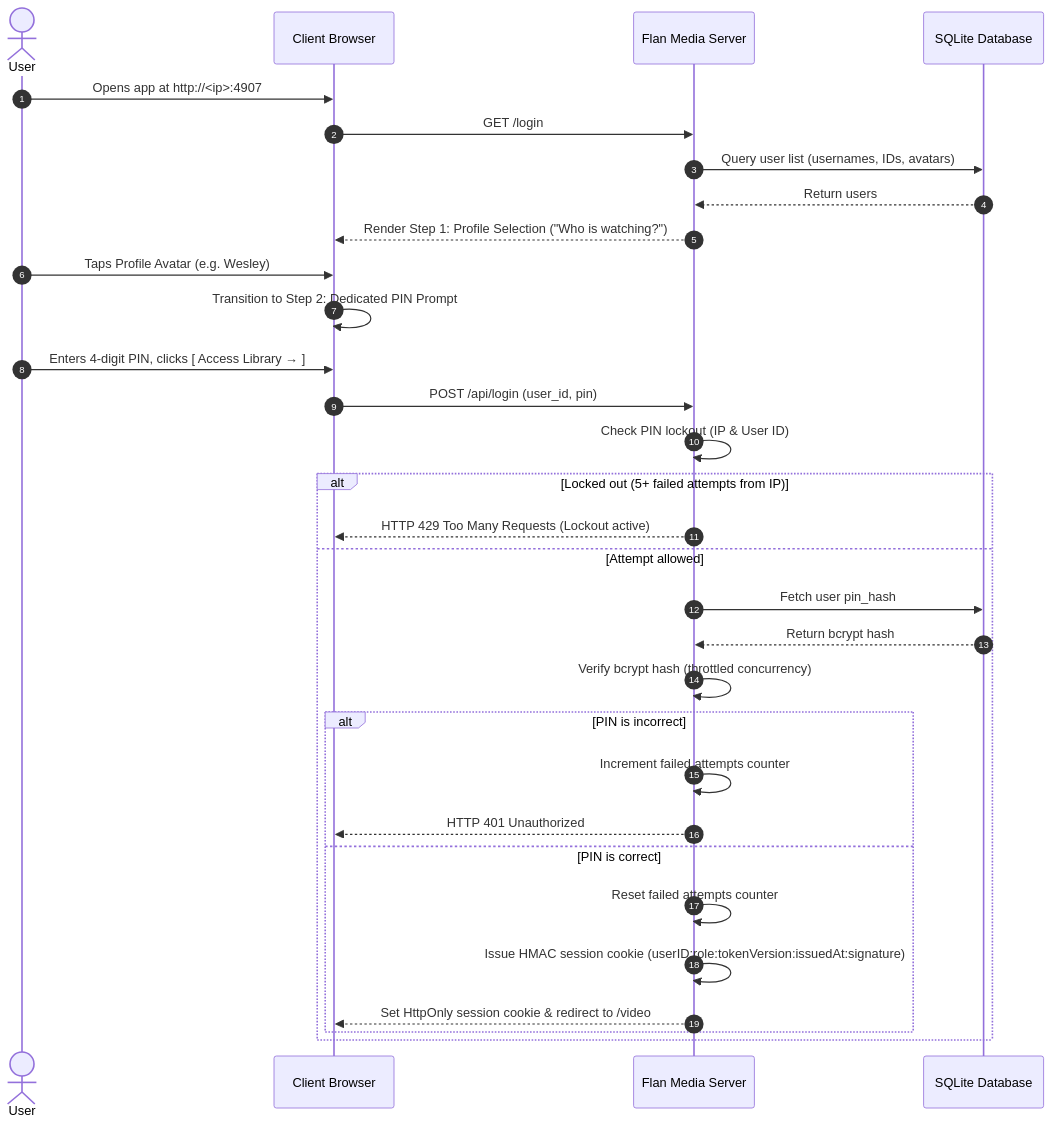
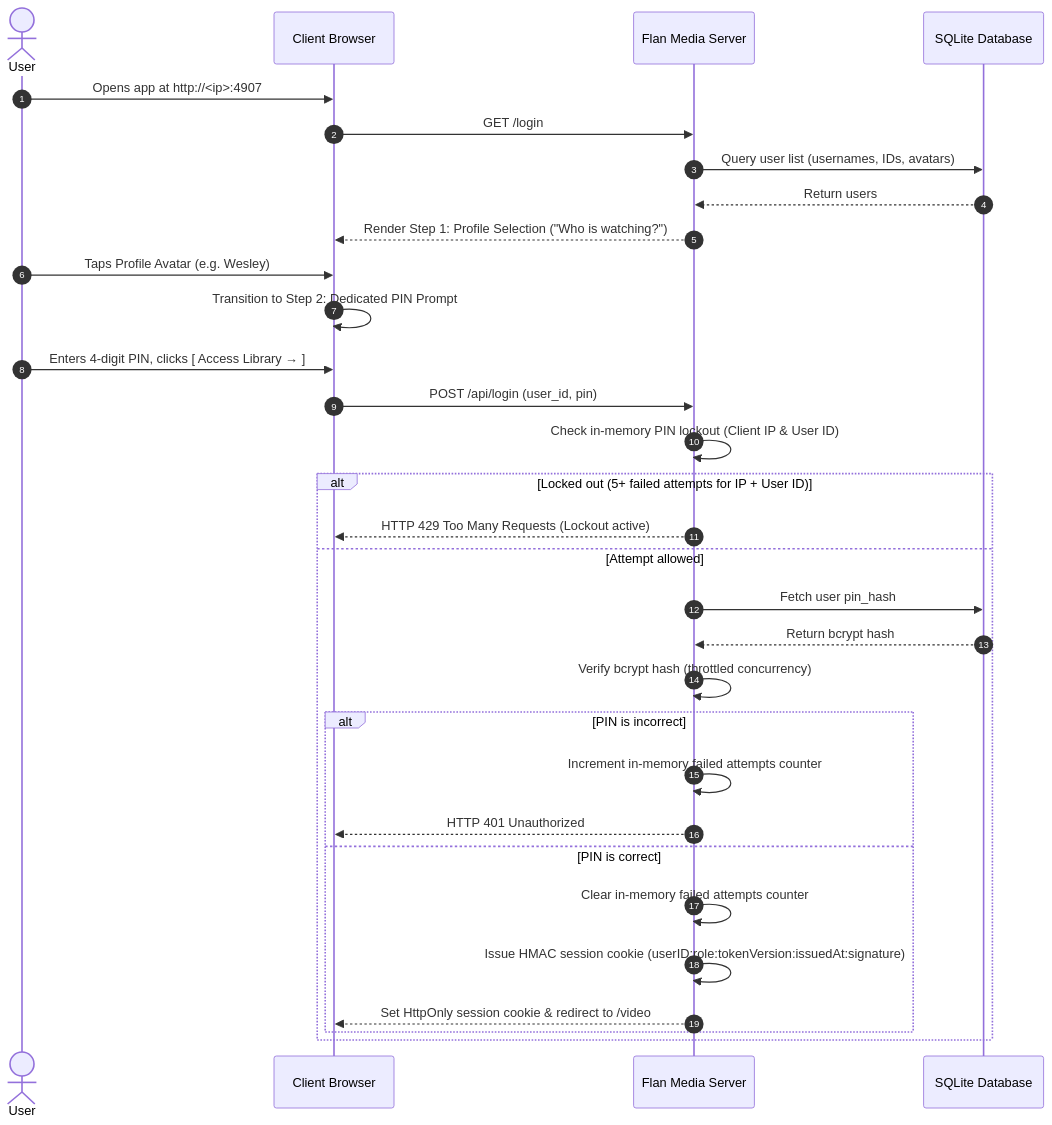
One commit to WesleyEsq/Flan-Media-Server changed the second of 5 diagrams in docs/diagrams/user-flows.md. Above: the diagram before and after it, drawn with Mermaid. The commit also changed other lines of this file and 26 other files, not shown here.

````diff
--- a/docs/diagrams/user-flows.md
+++ b/docs/diagrams/user-flows.md
@@ -34,34 +33,34 @@
 ```mermaid
 sequenceDiagram
     autonumber
     actor User
     participant Browser as Client Browser
     participant Server as Flan Media Server
     participant DB as SQLite Database
 
     User->>Browser: Opens app at http://<ip>:4907
     Browser->>Server: GET /login
     Server->>DB: Query user list (usernames, IDs, avatars)
     DB-->>Server: Return users
     Server-->>Browser: Render Step 1: Profile Selection ("Who is watching?")
     User->>Browser: Taps Profile Avatar (e.g. Wesley)
     Browser->>Browser: Transition to Step 2: Dedicated PIN Prompt
     User->>Browser: Enters 4-digit PIN, clicks [ Access Library → ]
     Browser->>Server: POST /api/login (user_id, pin)
-    Server->>Server: Check PIN lockout (IP & User ID)
-    alt Locked out (5+ failed attempts from IP)
+    Server->>Server: Check in-memory PIN lockout (Client IP & User ID)
+    alt Locked out (5+ failed attempts for IP + User ID)
         Server-->>Browser: HTTP 429 Too Many Requests (Lockout active)
     else Attempt allowed
         Server->>DB: Fetch user pin_hash
         DB-->>Server: Return bcrypt hash
         Server->>Server: Verify bcrypt hash (throttled concurrency)
         alt PIN is incorrect
-            Server->>Server: Increment failed attempts counter
+            Server->>Server: Increment in-memory failed attempts counter
             Server-->>Browser: HTTP 401 Unauthorized
         else PIN is correct
-            Server->>Server: Reset failed attempts counter
+            Server->>Server: Clear in-memory failed attempts counter
             Server->>Server: Issue HMAC session cookie (userID:role:tokenVersion:issuedAt:signature)
             Server-->>Browser: Set HttpOnly session cookie & redirect to /video
         end
     end
 ```
````
